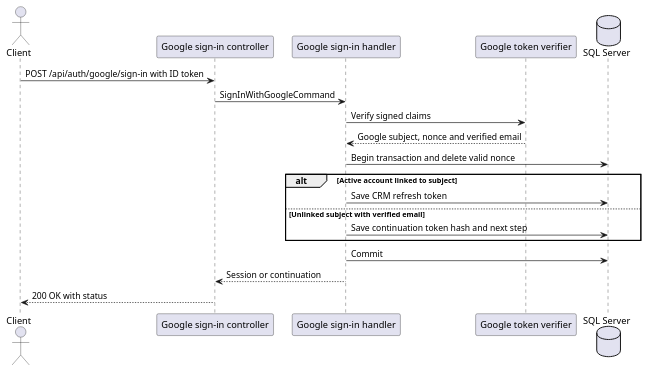
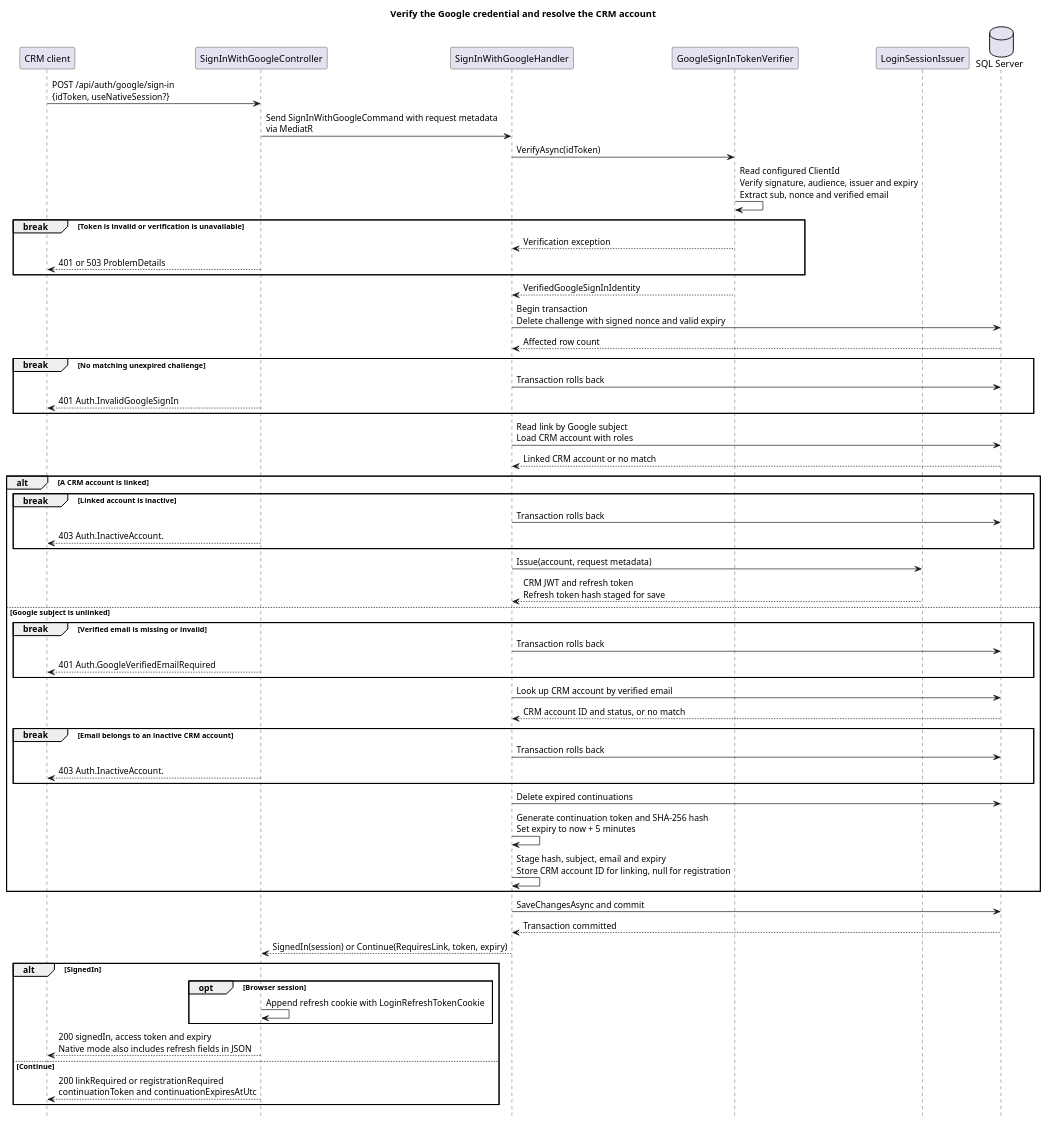
Before and after one commit to JStec0312/Tutoring-CRM-System: the diagram in docs/technical_docs/backend_docs/user_stories/us_073/diagrams/sign-in-with-google.puml, drawn with PlantUML. The commit also changed 21 other files, not shown here.

Commit message:
re #167 added sign in with google button now and completed docs

```diff
--- a/docs/technical_docs/backend_docs/user_stories/us_073/diagrams/sign-in-with-google.puml
+++ b/docs/technical_docs/backend_docs/user_stories/us_073/diagrams/sign-in-with-google.puml
@@ -1,21 +1,62 @@
-@startuml
-actor Client
-participant "Google sign-in controller" as Controller
-participant "Google sign-in handler" as Handler
-participant "Google token verifier" as Verifier
+@startuml sign-in-with-google
+title Verify the Google credential and resolve the CRM account
+hide footbox
+
+participant "CRM client" as Client
+participant SignInWithGoogleController as Controller
+participant SignInWithGoogleHandler as Handler
+participant GoogleSignInTokenVerifier as Verifier
+participant LoginSessionIssuer as Session
 database "SQL Server" as Database
 
-Client -> Controller: POST /api/auth/google/sign-in with ID token
-Controller -> Handler: SignInWithGoogleCommand
-Handler -> Verifier: Verify signed claims
-Verifier --> Handler: Google subject, nonce and verified email
-Handler -> Database: Begin transaction and delete valid nonce
-alt Active account linked to subject
-    Handler -> Database: Save CRM refresh token
-else Unlinked subject with verified email
-    Handler -> Database: Save continuation token hash and next step
+Client -> Controller: POST /api/auth/google/sign-in\n{idToken, useNativeSession?}
+Controller -> Handler: Send SignInWithGoogleCommand with request metadata\nvia MediatR
+Handler -> Verifier: VerifyAsync(idToken)
+Verifier -> Verifier: Read configured ClientId\nVerify signature, audience, issuer and expiry\nExtract sub, nonce and verified email
+break Token is invalid or verification is unavailable
+    Verifier --> Handler: Verification exception
+    Controller --> Client: 401 or 503 ProblemDetails
 end
-Handler -> Database: Commit
-Handler --> Controller: Session or continuation
-Controller --> Client: 200 OK with status
+Verifier --> Handler: VerifiedGoogleSignInIdentity
+Handler -> Database: Begin transaction\nDelete challenge with signed nonce and valid expiry
+Database --> Handler: Affected row count
+break No matching unexpired challenge
+    Handler -> Database: Transaction rolls back
+    Controller --> Client: 401 Auth.InvalidGoogleSignIn
+end
+Handler -> Database: Read link by Google subject\nLoad CRM account with roles
+Database --> Handler: Linked CRM account or no match
+alt A CRM account is linked
+    break Linked account is inactive
+        Handler -> Database: Transaction rolls back
+        Controller --> Client: 403 Auth.InactiveAccount.
+    end
+    Handler -> Session: Issue(account, request metadata)
+    Session --> Handler: CRM JWT and refresh token\nRefresh token hash staged for save
+else Google subject is unlinked
+    break Verified email is missing or invalid
+        Handler -> Database: Transaction rolls back
+        Controller --> Client: 401 Auth.GoogleVerifiedEmailRequired
+    end
+    Handler -> Database: Look up CRM account by verified email
+    Database --> Handler: CRM account ID and status, or no match
+    break Email belongs to an inactive CRM account
+        Handler -> Database: Transaction rolls back
+        Controller --> Client: 403 Auth.InactiveAccount.
+    end
+    Handler -> Database: Delete expired continuations
+    Handler -> Handler: Generate continuation token and SHA-256 hash\nSet expiry to now + 5 minutes
+    Handler -> Handler: Stage hash, subject, email and expiry\nStore CRM account ID for linking, null for registration
+end
+Handler -> Database: SaveChangesAsync and commit
+Database --> Handler: Transaction committed
+Handler --> Controller: SignedIn(session) or Continue(RequiresLink, token, expiry)
+alt SignedIn
+    opt Browser session
+        Controller -> Controller: Append refresh cookie with LoginRefreshTokenCookie
+    end
+    Controller --> Client: 200 signedIn, access token and expiry\nNative mode also includes refresh fields in JSON
+else Continue
+    Controller --> Client: 200 linkRequired or registrationRequired\ncontinuationToken and continuationExpiresAtUtc
+end
 @enduml
```
